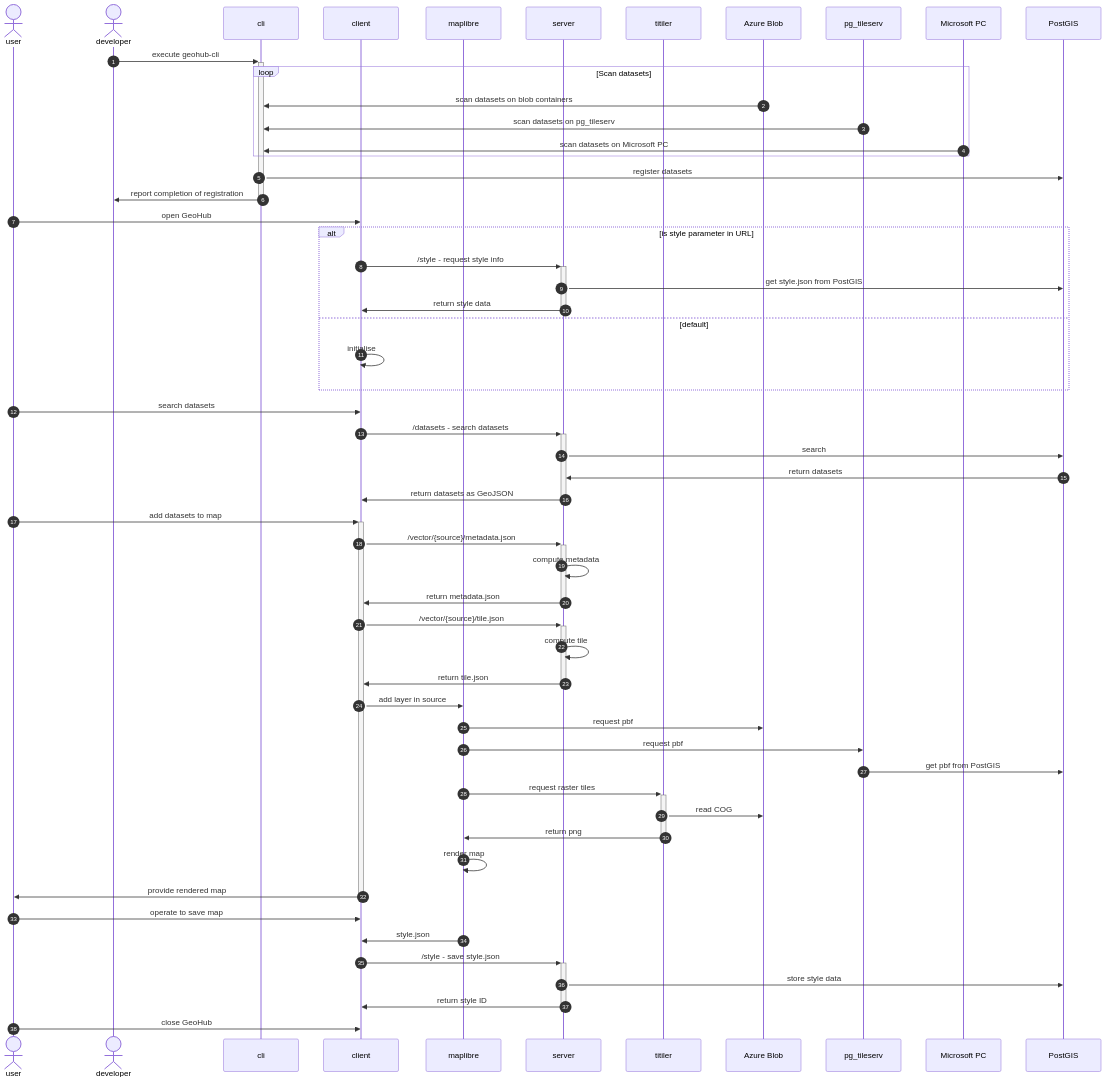
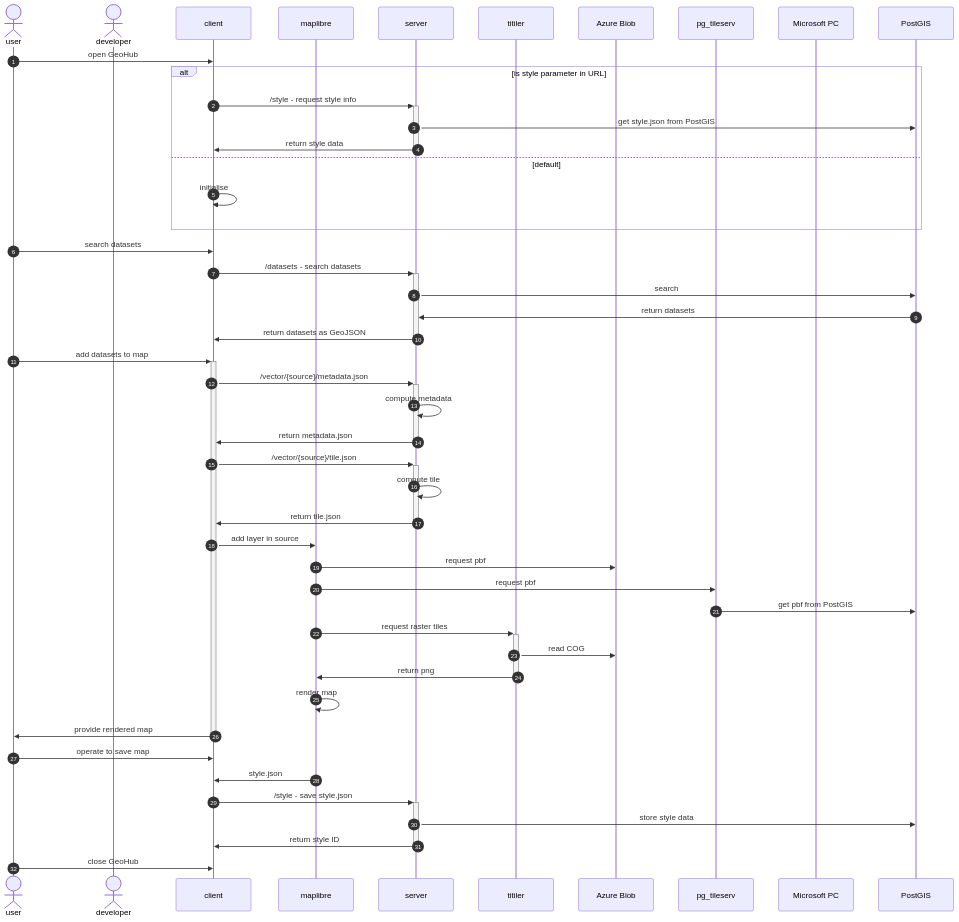
The first of 3 diagrams in documentation/DIAGRAMS.md (UNDP-Data/geohub), drawn with Mermaid before and after one commit.

Commit message:
removed cli from diagrams

````diff
--- a/documentation/DIAGRAMS.md
+++ b/documentation/DIAGRAMS.md
@@ -13,66 +13,56 @@
 ```mermaid
 sequenceDiagram
     autonumber
     actor user
     actor developer
-    participant cli
     participant client
     participant maplibre
     participant server
     participant titiler
     participant blob as Azure Blob
     participant pg as pg_tileserv
     participant mspc as Microsoft PC
     participant db as PostGIS
-
-    developer->>+cli: execute geohub-cli
-    loop Scan datasets
-        blob->>cli: scan datasets on blob containers
-        pg->>cli: scan datasets on pg_tileserv
-        mspc->>cli: scan datasets on Microsoft PC
-    end
-    cli->>db: register datasets
-    cli->>-developer: report completion of registration
 
     user->>client: open GeoHub
     alt is style parameter in URL
         client->>+server: /style - request style info
         server->>db: get style.json from PostGIS
         server->>-client: return style data
     else default
         client->>client: initialise
     end
 
     user->>client: search datasets
     client->>+server: /datasets - search datasets
     server->>db: search
     db->>server: return datasets
     server->>-client: return datasets as GeoJSON
 
     user->>+client: add datasets to map
     client->>+server: /vector/{source}/metadata.json
     server->>server: compute metadata
     server->>-client: return metadata.json
 
     client->>+server: /vector/{source}/tile.json
     server->>server: compute tile
     server->>-client: return tile.json
 
     client->>maplibre: add layer in source
     maplibre->>blob: request pbf
     maplibre->>pg: request pbf
     pg->>db: get pbf from PostGIS
     maplibre->>+titiler: request raster tiles
     titiler->>blob: read COG
     titiler->>-maplibre: return png
     maplibre->>maplibre: render map
 
     client->>-user: provide rendered map
 
     user->>client: operate to save map
     maplibre->>client: style.json
     client->>+server: /style - save style.json
     server->>db: store style data
     server->>-client: return style ID
     user->>client: close GeoHub
 ```
````
